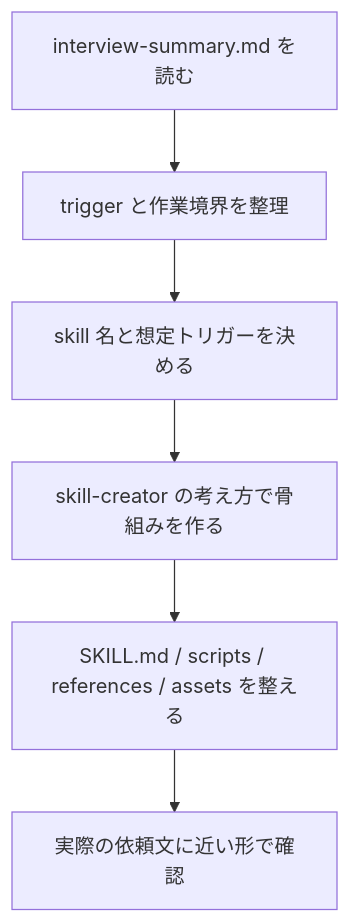
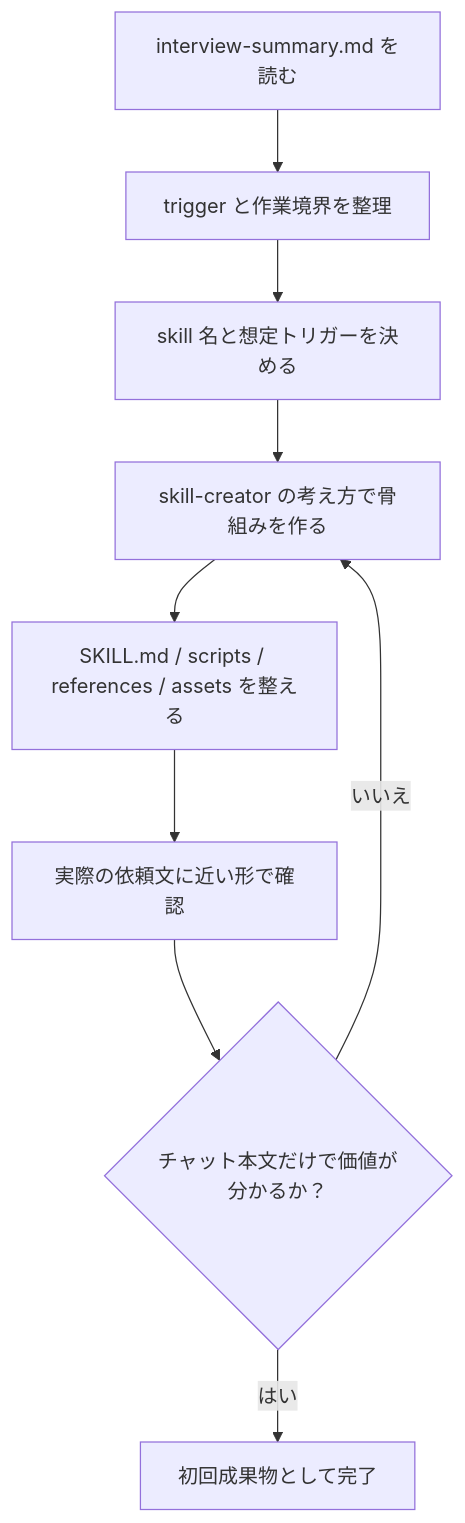
Before and after one commit to ryota-nakazawa/ultra_sprint_harness: the fourth of 4 diagrams in README.md, drawn with Mermaid. The commit also changed other lines of this file and 4 other files, not shown here.

Commit message:
Update harness prototype flow guidance

````diff
--- a/README.md
+++ b/README.md
@@ -140,8 +145,11 @@
 ```mermaid
 flowchart TD
     A["interview-summary.md を読む"] --> B["trigger と作業境界を整理"]
     B --> C["skill 名と想定トリガーを決める"]
     C --> D["skill-creator の考え方で骨組みを作る"]
     D --> E["SKILL.md / scripts / references / assets を整える"]
     E --> F["実際の依頼文に近い形で確認"]
+    F --> G{"チャット本文だけで価値が分かるか？"}
+    G -->|はい| H["初回成果物として完了"]
+    G -->|いいえ| D
 ```
````
